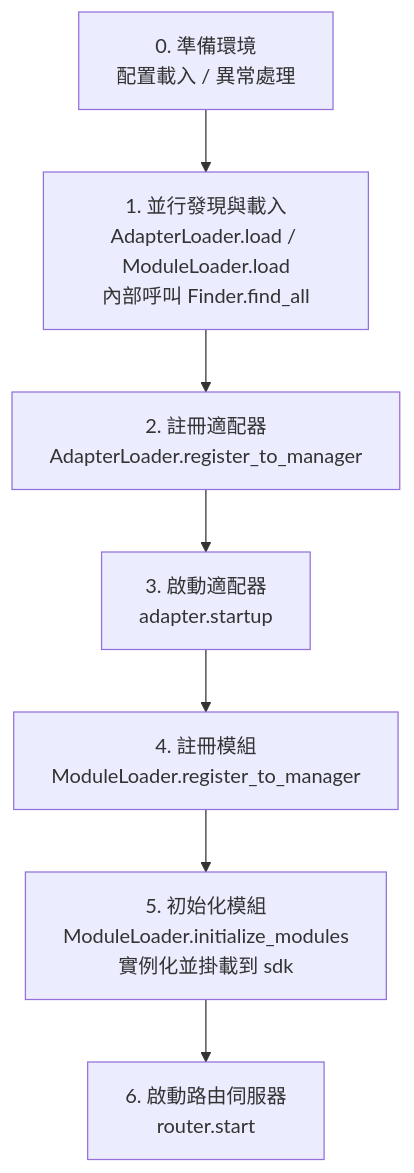
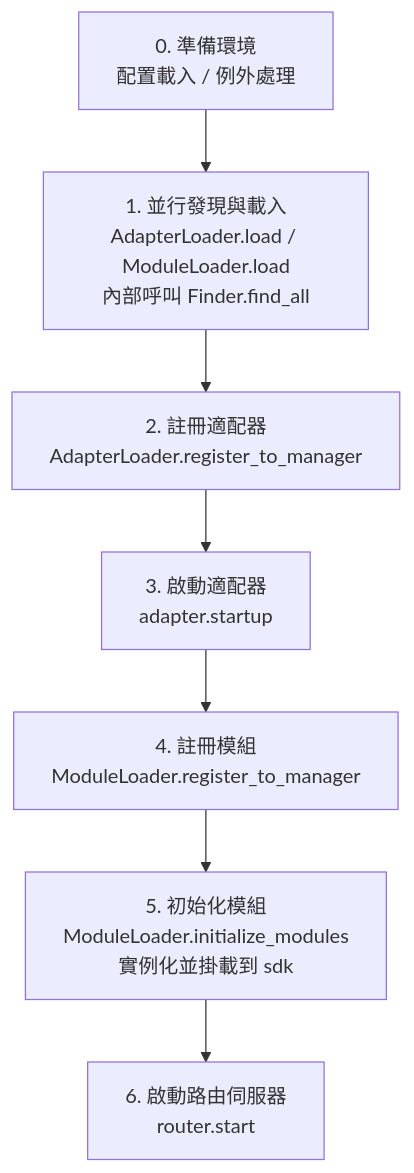
The sixth of 6 diagrams in docs/zh-TW/ai-support/prompts/ErisPulse-ModuleDev.md (ErisPulse/ErisPulse), drawn with Mermaid before and after one commit. The commit also changed other lines of this file and 143 other files, not shown here.

````diff
--- a/docs/zh-TW/ai-support/prompts/ErisPulse-ModuleDev.md
+++ b/docs/zh-TW/ai-support/prompts/ErisPulse-ModuleDev.md
@@ -8549,10 +8534,10 @@
 ```mermaid
 flowchart TD
-    A[0. 準備環境<br/>配置載入 / 異常處理] --> B
+    A[0. 準備環境<br/>配置載入 / 例外處理] --> B
     B[1. 並行發現與載入<br/>AdapterLoader.load / ModuleLoader.load<br/>內部呼叫 Finder.find_all] --> C
     C[2. 註冊適配器<br/>AdapterLoader.register_to_manager] --> D
     D[3. 啟動適配器<br/>adapter.startup] --> E
     E[4. 註冊模組<br/>ModuleLoader.register_to_manager] --> F
     F[5. 初始化模組<br/>ModuleLoader.initialize_modules<br/>實例化並掛載到 sdk] --> G
     G[6. 啟動路由伺服器<br/>router.start]
 ```
````
